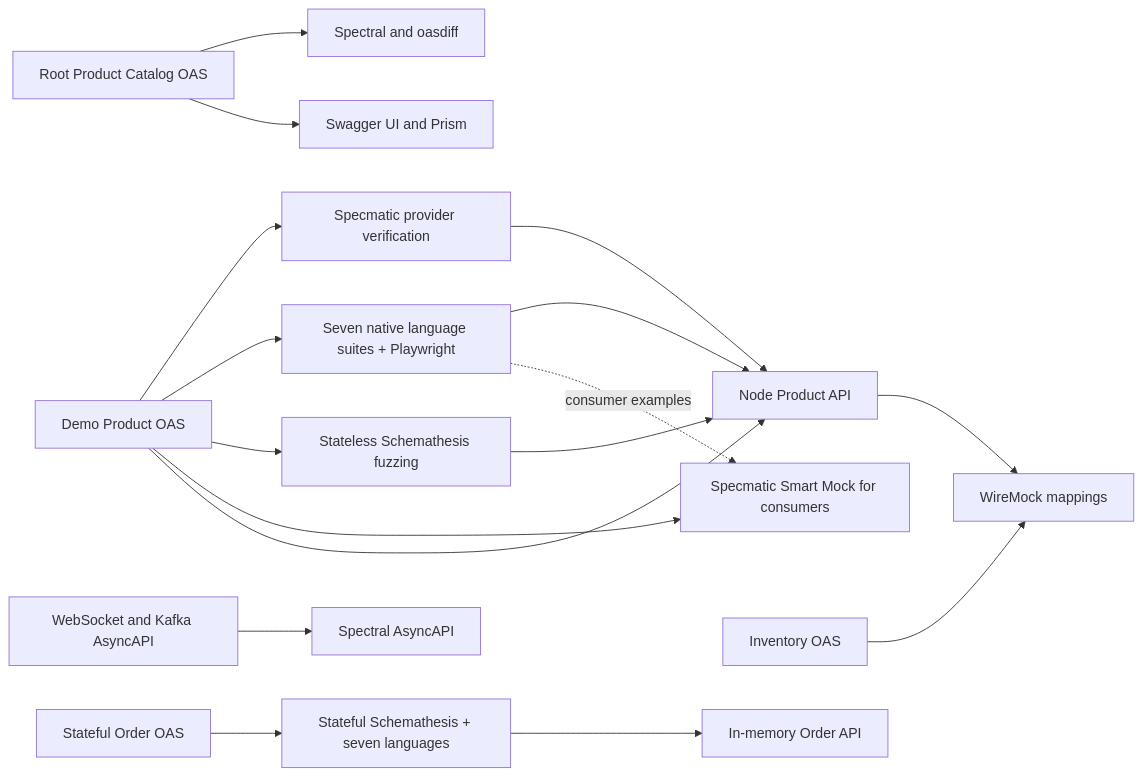
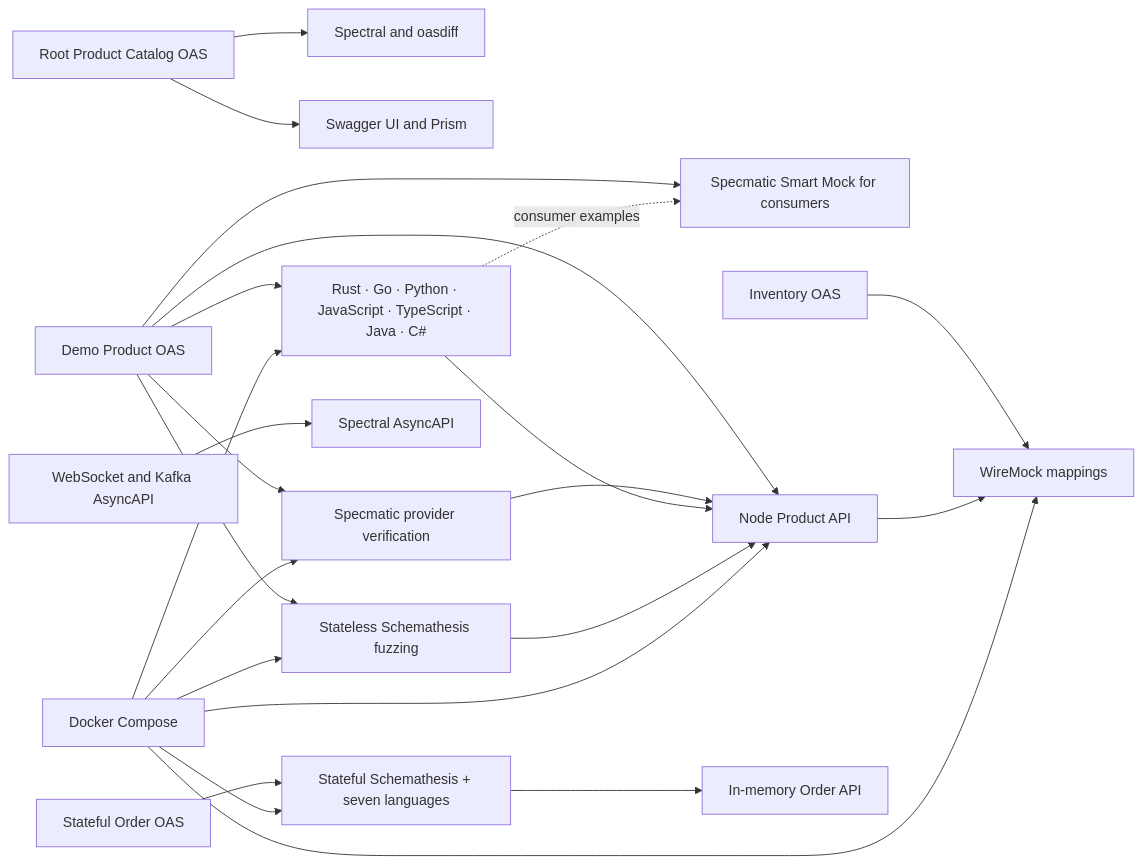
One commit to shoman2020/oas-polycontract changed the diagram in README.md. Above: the diagram before and after it, drawn with Mermaid. The commit also changed other lines of this file, not shown here.

Commit message:
Update implementation map and performance summary

````diff
--- a/README.md
+++ b/README.md
@@ -94,19 +94,25 @@
 ```mermaid
 flowchart LR
   Root[Root Product Catalog OAS] --> RootGates[Spectral and oasdiff]
   Root --> Debug[Swagger UI and Prism]
   Product[Demo Product OAS] --> Provider[Specmatic provider verification]
-  Product --> Clients[Seven native language suites + Playwright]
+  Product --> Clients[Rust · Go · Python · JavaScript · TypeScript · Java · C#]
   Product --> Fuzz[Stateless Schemathesis fuzzing]
   Product --> Mock[Specmatic Smart Mock for consumers]
   Product --> App[Node Product API]
   Provider --> App
   Clients --> App
   Clients -. consumer examples .-> Mock
   Fuzz --> App
   Inventory[Inventory OAS] --> WireMock[WireMock mappings]
   App --> WireMock
   Events[WebSocket and Kafka AsyncAPI] --> EventLint[Spectral AsyncAPI]
   Stateful[Stateful Order OAS] --> StatefulTests[Stateful Schemathesis + seven languages]
   StatefulTests --> StatefulApp[In-memory Order API]
+  Compose[Docker Compose] --> App
+  Compose --> WireMock
+  Compose --> Provider
+  Compose --> Clients
+  Compose --> Fuzz
+  Compose --> StatefulTests
 ```
````
